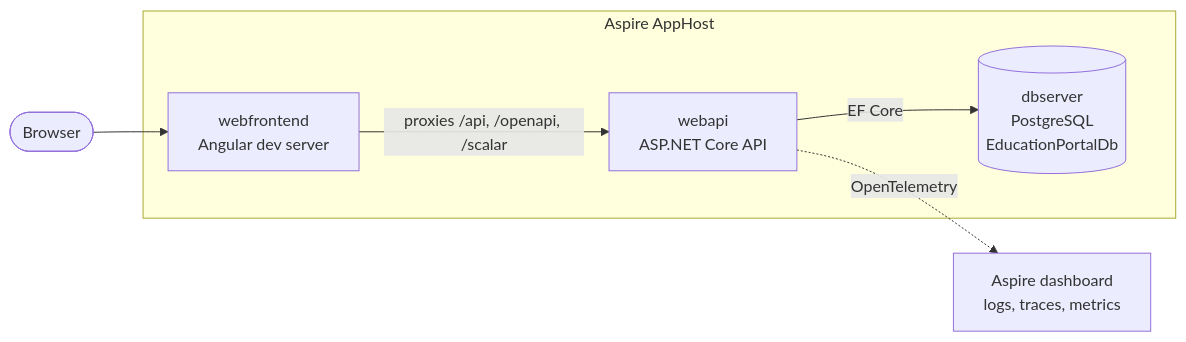
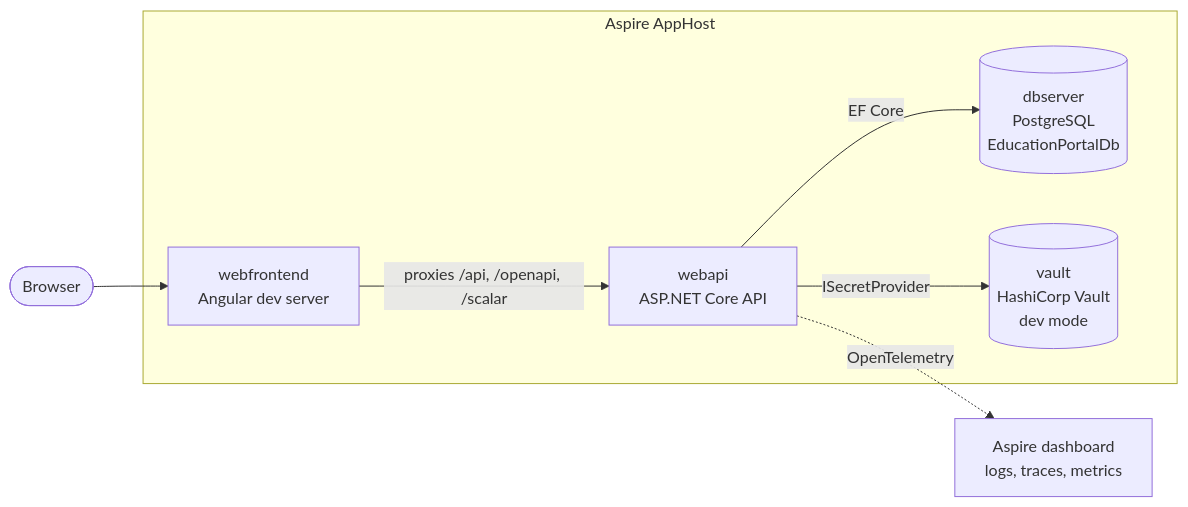
Before and after one commit to ahmedshahjr/Education-Portal: the first of 6 diagrams in README.md, drawn with Mermaid. The commit also changed other lines of this file and 42 other files, not shown here.

````diff
--- a/README.md
+++ b/README.md
@@ -117,14 +117,16 @@
 ```mermaid
 flowchart LR
     browser(["Browser"])
     subgraph apphost["Aspire AppHost"]
         frontend["webfrontend<br/>Angular dev server"]
         api["webapi<br/>ASP.NET Core API"]
         db[("dbserver<br/>PostgreSQL<br/>EducationPortalDb")]
+        vault[("vault<br/>HashiCorp Vault<br/>dev mode")]
     end
     dashboard["Aspire dashboard<br/>logs, traces, metrics"]
     browser --> frontend
     frontend -->|"proxies /api, /openapi, /scalar"| api
     api -->|"EF Core"| db
+    api -->|"ISecretProvider"| vault
     api -.->|"OpenTelemetry"| dashboard
 ```
````
